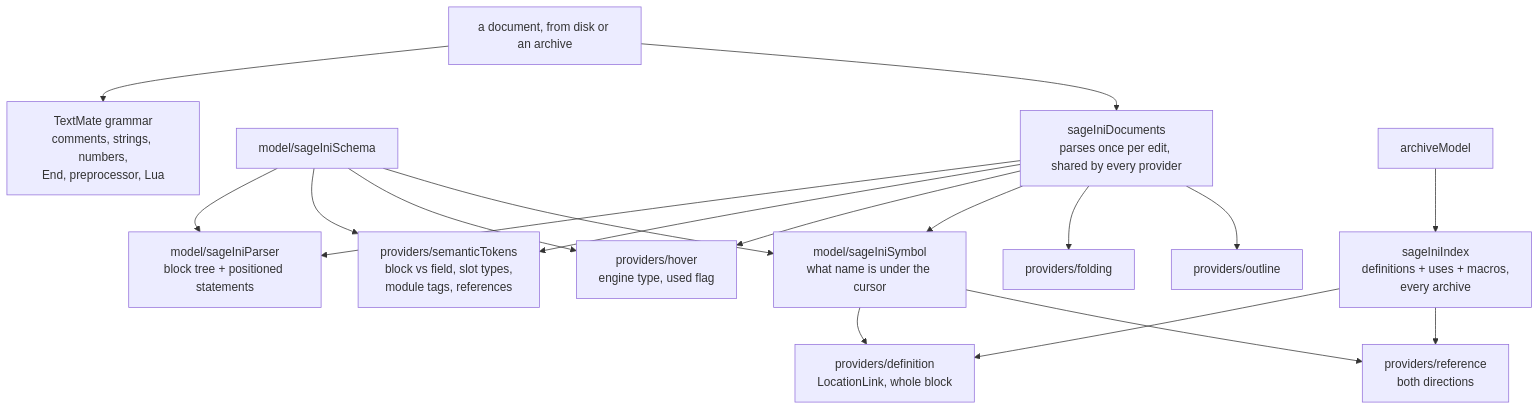
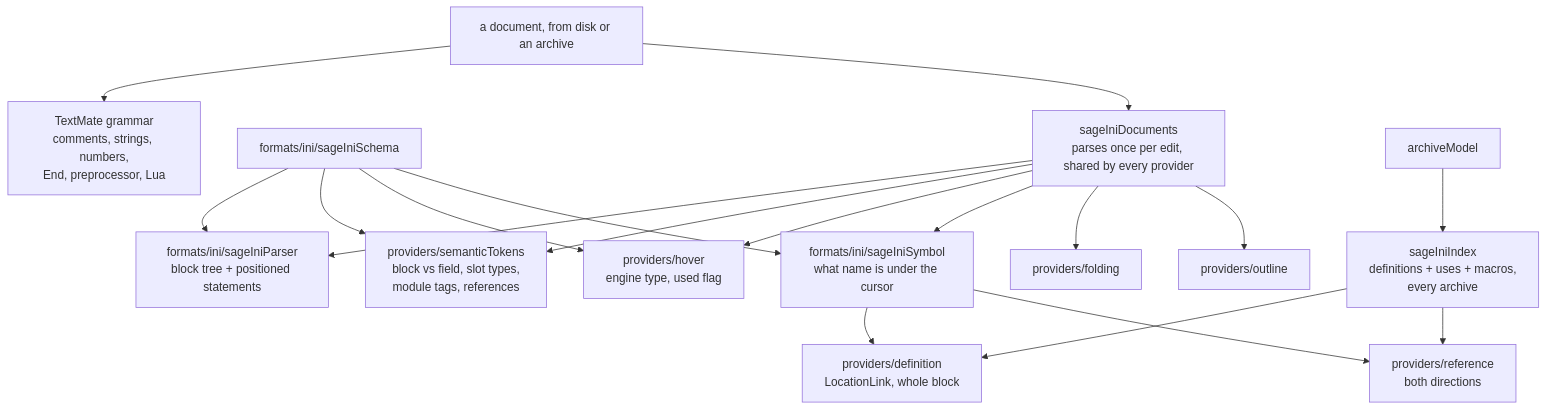
The seventh of 7 diagrams in docs/architecture.md (max-bronner/bigfs), drawn with Mermaid before and after one commit. The commit also changed other lines of this file and 3 other files, not shown here.

````diff
--- a/docs/architecture.md
+++ b/docs/architecture.md
@@ -464,24 +487,24 @@
 ```mermaid
 flowchart TD
   DOC["a document, from disk or an archive"]
   TM["TextMate grammar<br/>comments, strings, numbers,<br/>End, preprocessor, Lua"]
-  PARSE["model/sageIniParser<br/>block tree + positioned statements"]
-  SCH["model/sageIniSchema"]
+  PARSE["formats/ini/sageIniParser<br/>block tree + positioned statements"]
+  SCH["formats/ini/sageIniSchema"]
   DOCS["sageIniDocuments<br/>parses once per edit, shared by every provider"]
   SEM["providers/semanticTokens<br/>block vs field, slot types,<br/>module tags, references"]
   HOV["providers/hover<br/>engine type, used flag"]
-  SYMB["model/sageIniSymbol<br/>what name is under the cursor"]
+  SYMB["formats/ini/sageIniSymbol<br/>what name is under the cursor"]
   DEF["providers/definition<br/>LocationLink, whole block"]
   REF["providers/reference<br/>both directions"]
   IDX["sageIniIndex<br/>definitions + uses + macros,<br/>every archive"]
 
   DOC --> TM
   DOC --> DOCS
   SCH --> PARSE
   DOCS --> PARSE
   DOCS --> SEM & HOV & SYMB & FOLD["providers/folding"] & SYM["providers/outline"]
   SCH --> SEM & HOV & SYMB
   SYMB --> DEF & REF
   IDX --> DEF & REF
   AM["archiveModel"] --> IDX
 ```
````
